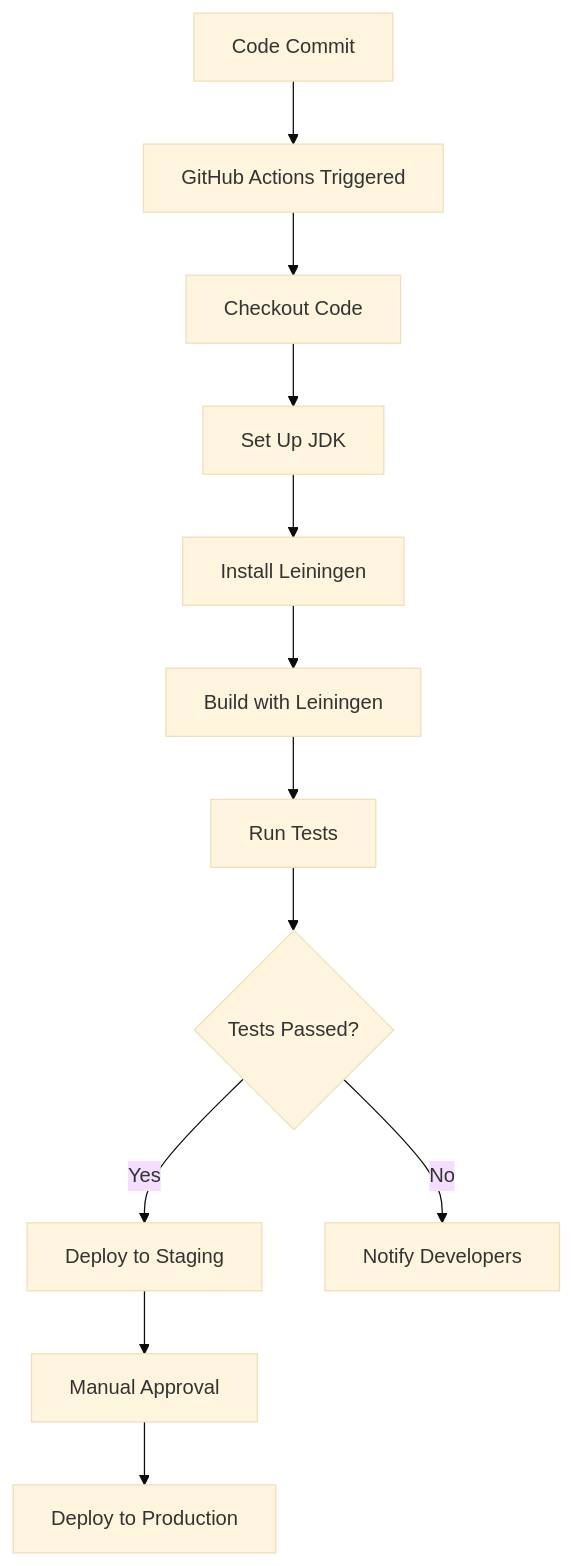
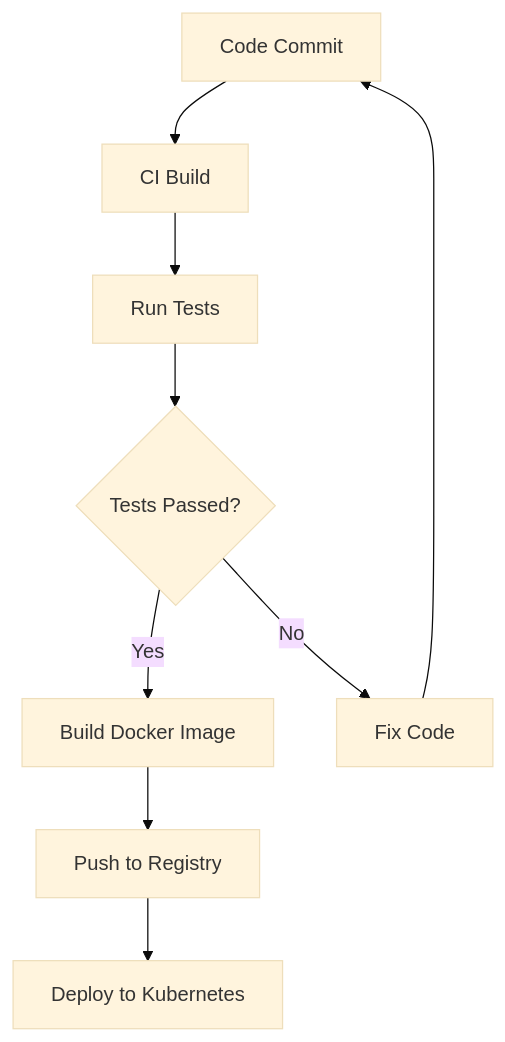
One commit to MasteryEducation/ClojureForJava.com changed the diagram in content/3/17/2/index.md. Above: the diagram before and after it, drawn with Mermaid (base theme). The commit also changed other lines of this file and 74 other files, not shown here.

````diff
--- a/content/3/17/2/index.md
+++ b/content/3/17/2/index.md
@@ -173,14 +180,11 @@
 ```mermaid
 graph TD;
-    A[Code Commit] --> B[GitHub Actions Triggered];
-    B --> C[Checkout Code];
-    C --> D[Set Up JDK];
-    D --> E[Install Leiningen];
-    E --> F[Build with Leiningen];
-    F --> G[Run Tests];
-    G --> H{Tests Passed?};
-    H -- Yes --> I[Deploy to Staging];
-    H -- No --> J[Notify Developers];
-    I --> K[Manual Approval];
-    K --> L[Deploy to Production];
+    A[Code Commit] --> B[CI Build];
+    B --> C[Run Tests];
+    C --> D{Tests Passed?};
+    D -->|Yes| E[Build Docker Image];
+    E --> F[Push to Registry];
+    F --> G[Deploy to Kubernetes];
+    D -->|No| H[Fix Code];
+    H --> A;
 ```
````
